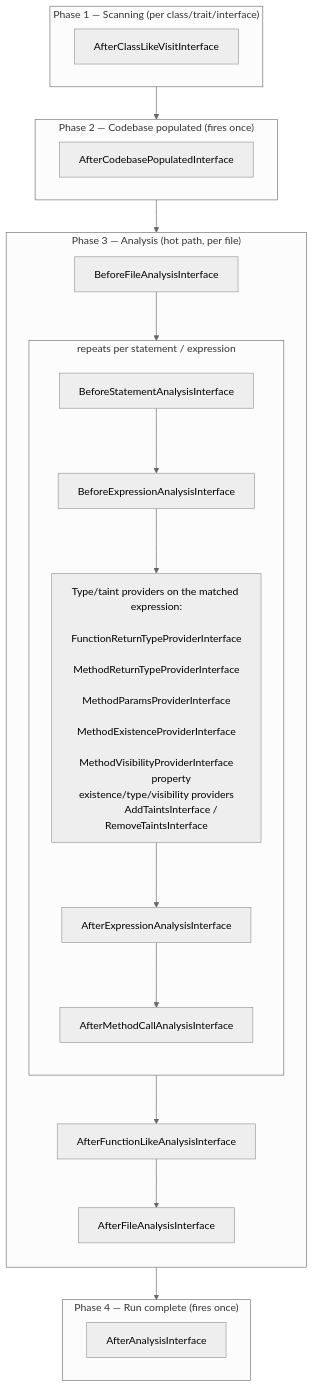
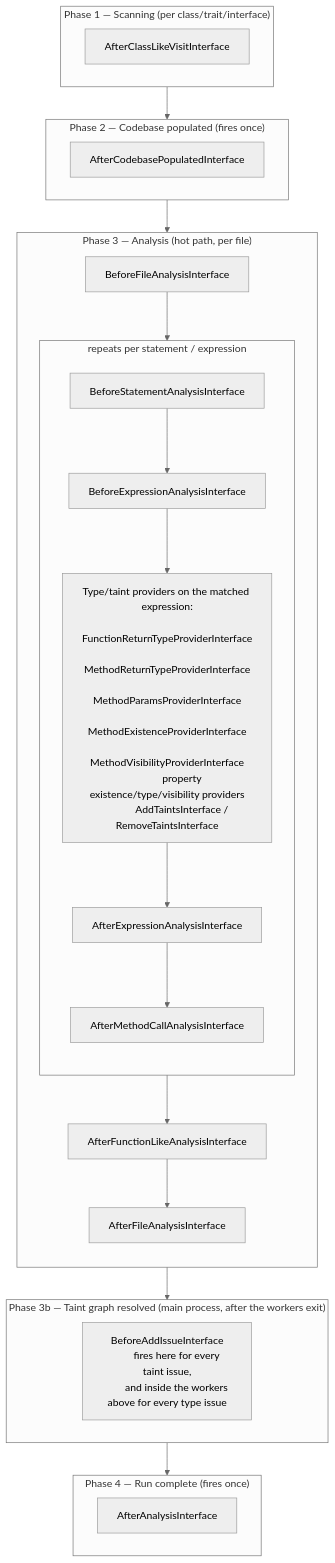
Before and after one commit to psalm/psalm-plugin-laravel: the second of 2 diagrams in docs/contributing/README.md, drawn with Mermaid (neutral theme). The commit also changed 1 other file, not shown here.

Commit message:
refactor(taint): test the last argument for named and unpacked calls #1345
PHP allows a named or unpacked argument only after every positional one, so a
third argument that is neither proves the first two are positional. The five
redundant sub-clauses on the first two arguments went untested; deleting the
one on the third left both suites green while wrongly exempting
`make($c, 200, headers: [...])`. All three named positions are now data-provider
cases, so the invariant is pinned by tests rather than by duplicate checks.

Also: state why the two argument-reading helpers carry no purity annotation
(`NodeFinder::find()` and `CallLike::getArgs()` are impure in Psalm's stubs),
and add `BeforeAddIssueInterface` to the hook-phase diagram.

````diff
--- a/docs/contributing/README.md
+++ b/docs/contributing/README.md
@@ -162,39 +162,45 @@
 ```mermaid
 flowchart TD
     subgraph P1["Phase 1 — Scanning (per class/trait/interface)"]
         A1["AfterClassLikeVisitInterface"]
     end
 
     subgraph P2["Phase 2 — Codebase populated (fires once)"]
         B1["AfterCodebasePopulatedInterface"]
     end
 
     subgraph P3["Phase 3 — Analysis (hot path, per file)"]
         direction TB
         C1["BeforeFileAnalysisInterface"] --> C2
 
         subgraph LOOP["repeats per statement / expression"]
             direction TB
             C2["BeforeStatementAnalysisInterface"] --> C3["BeforeExpressionAnalysisInterface"]
             C3 --> C4["Type/taint providers on the matched expression:
             FunctionReturnTypeProviderInterface
             MethodReturnTypeProviderInterface
             MethodParamsProviderInterface
             MethodExistenceProviderInterface
             MethodVisibilityProviderInterface
             property existence/type/visibility providers
             AddTaintsInterface / RemoveTaintsInterface"]
             C4 --> C5["AfterExpressionAnalysisInterface"]
             C5 --> C6["AfterMethodCallAnalysisInterface"]
         end
 
         C6 --> C7["AfterFunctionLikeAnalysisInterface"]
         C7 --> C8["AfterFileAnalysisInterface"]
     end
 
+    subgraph P3B["Phase 3b — Taint graph resolved (main process, after the workers exit)"]
+        E1["BeforeAddIssueInterface
+        fires here for every taint issue,
+        and inside the workers above for every type issue"]
+    end
+
     subgraph P4["Phase 4 — Run complete (fires once)"]
         D1["AfterAnalysisInterface"]
     end
 
-    P1 --> P2 --> P3 --> P4
+    P1 --> P2 --> P3 --> P3B --> P4
 ```
````
